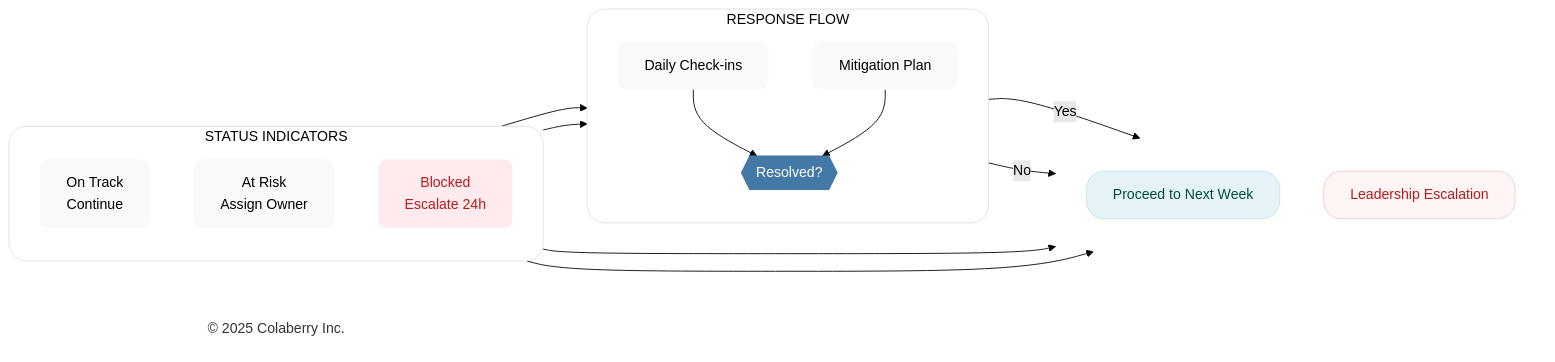
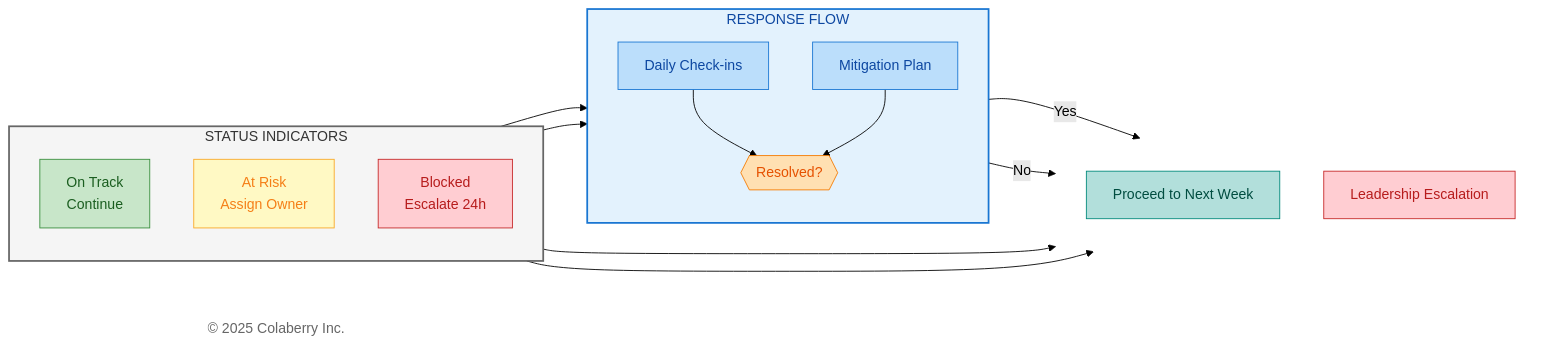
The sixth of 7 diagrams in manuscript/11_chapter_10_week_by_week_implementation.md (saitejesh-cyber/trust-before-intelligence-book), drawn with Mermaid (forest theme) before and after one commit. The commit also changed other lines of this file and 12 other files, not shown here.

Commit message:
Restore legacy Mermaid styles for Option 1

````diff
--- a/manuscript/11_chapter_10_week_by_week_implementation.md
+++ b/manuscript/11_chapter_10_week_by_week_implementation.md
@@ -615,48 +615,48 @@
 ```mermaid
 
 graph LR
     subgraph STATUS["STATUS INDICATORS"]
         direction TB
         GREEN["On Track<br/>Continue"]
         YELLOW["At Risk<br/>Assign Owner"]
         RED["Blocked<br/>Escalate 24h"]
     end
     
     subgraph ACTIONS["RESPONSE FLOW"]
         direction TB
         R1["Daily Check-ins"]
         R2["Mitigation Plan"]
         RESOLVED{{"Resolved?"}}
         R1 --> RESOLVED
         R2 --> RESOLVED
     end
     
     subgraph OUTCOMES[" "]
         direction TB
         CONTINUE["Proceed to Next Week"]
         ESCALATE["Leadership Escalation"]
     end
     
     Copyright["© 2025 Colaberry Inc."]
     
     GREEN --> CONTINUE
     YELLOW --> R1
     YELLOW --> R2
     RED --> ESCALATE
     RESOLVED -->|"Yes"| CONTINUE
     RESOLVED -->|"No"| ESCALATE
     
-    style STATUS fill:#ffffff,stroke:#e0e0e0,stroke-width:1px,color:#000000,rx:20,ry:20
-    style ACTIONS fill:#ffffff,stroke:#e0e0e0,stroke-width:1px,color:#000000,rx:20,ry:20
+    style STATUS fill:#f5f5f5,stroke:#666666,stroke-width:2px,color:#333333
+    style ACTIONS fill:#e3f2fd,stroke:#1976d2,stroke-width:2px,color:#0d47a1
     style OUTCOMES fill:none,stroke:none
-    style GREEN fill:#f9f9f9,stroke:none,color:#000000,rx:10,ry:10
-    style YELLOW fill:#f9f9f9,stroke:none,color:#000000,rx:10,ry:10
-    style RED fill:#ffebee,stroke:none,color:#b71c1c,rx:10,ry:10
-    style R1 fill:#f9f9f9,stroke:none,color:#000000,rx:10,ry:10
-    style R2 fill:#f9f9f9,stroke:none,color:#000000,rx:10,ry:10
-    style RESOLVED fill:#4478A6,stroke:none,color:#ffffff,rx:10,ry:10
-    style CONTINUE fill:#e6f3f6,stroke:#c7e3ea,stroke-width:1px,color:#004d40,rx:20,ry:20
-    style ESCALATE fill:#fff5f5,stroke:#f2caca,stroke-width:1px,color:#b71c1c,rx:20,ry:20
-    style Copyright fill:none,stroke:none,color:#333333
+    style GREEN fill:#c8e6c9,stroke:#388e3c,color:#1b5e20
+    style YELLOW fill:#fff9c4,stroke:#f9a825,color:#f57f17
+    style RED fill:#ffcdd2,stroke:#c62828,color:#b71c1c
+    style R1 fill:#bbdefb,stroke:#1976d2,color:#0d47a1
+    style R2 fill:#bbdefb,stroke:#1976d2,color:#0d47a1
+    style RESOLVED fill:#ffe0b2,stroke:#f57c00,color:#e65100
+    style CONTINUE fill:#b2dfdb,stroke:#00897b,color:#004d40
+    style ESCALATE fill:#ffcdd2,stroke:#c62828,color:#b71c1c
+    style Copyright fill:#ffffff,stroke:none,color:#666666
 
 ```
````
